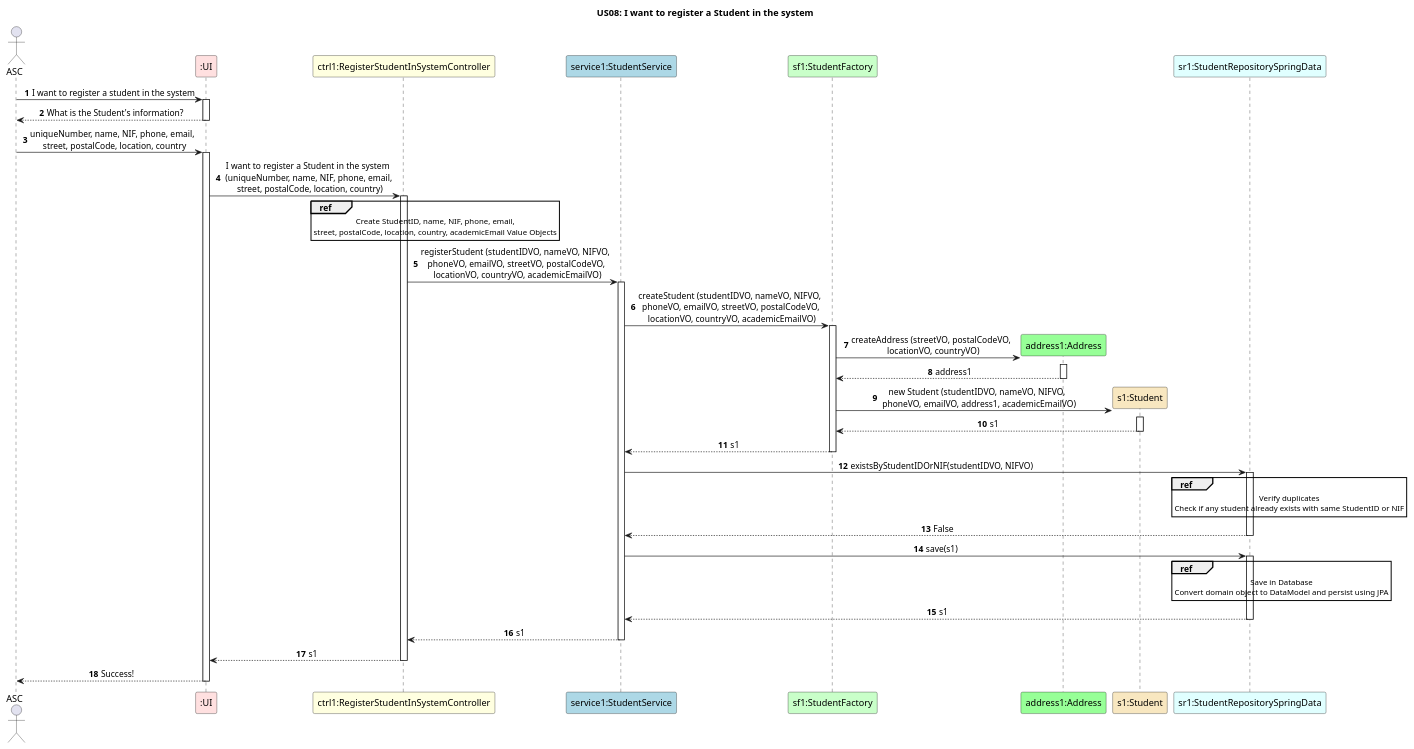
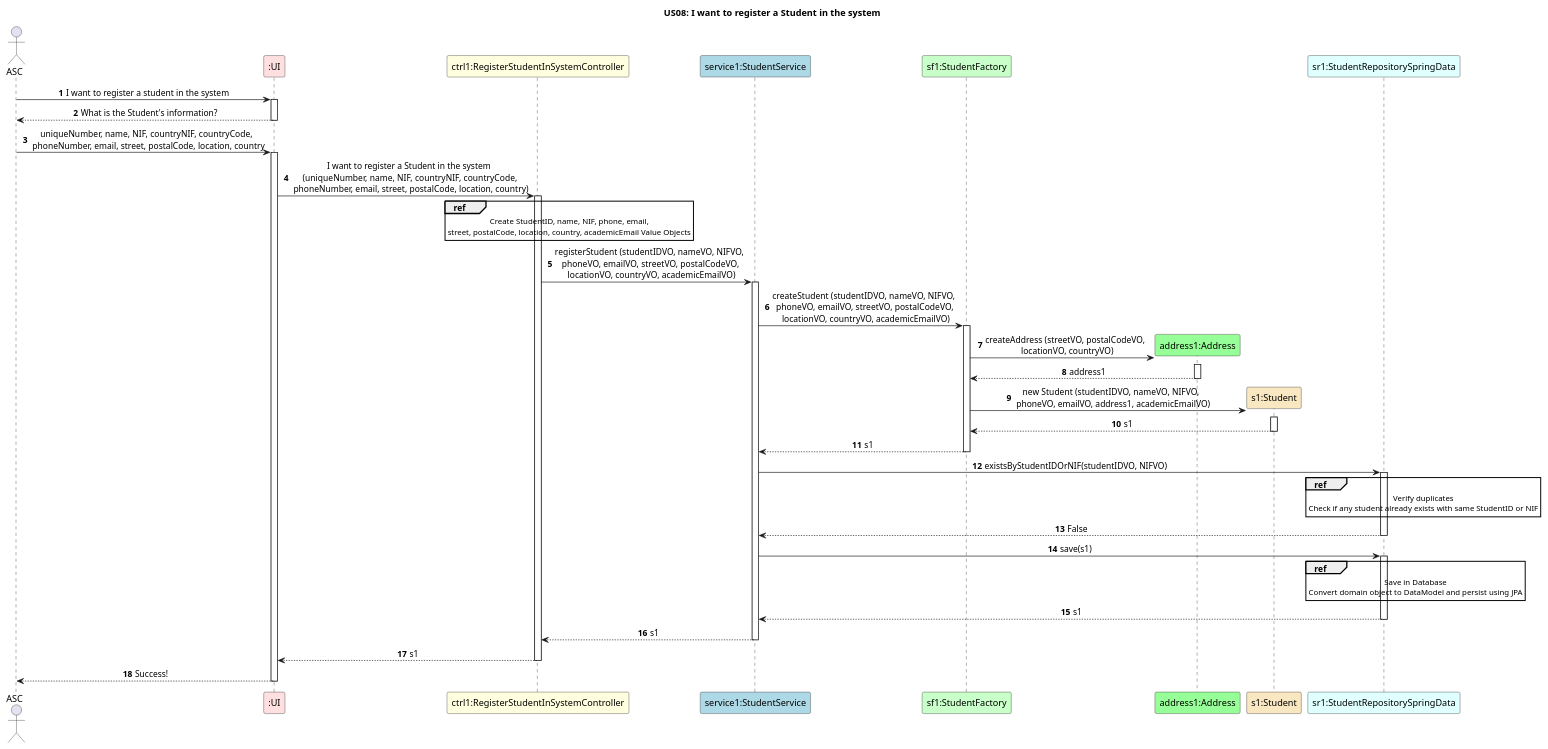
Before and after one commit to GasparISEP/DevOps-PAI: the diagram in docs/US08/Documentation_SpringData_JPA/US08_SD_DataPersistence.puml, drawn with PlantUML. The commit also changed 2 other files, not shown here.

Commit message:
Fix #269: Minor corrections in RegisterAStudentInTheSystem sequence diagrama and related ref diagrams

```diff
--- a/docs/US08/Documentation_SpringData_JPA/US08_SD_DataPersistence.puml
+++ b/docs/US08/Documentation_SpringData_JPA/US08_SD_DataPersistence.puml
@@ -1,71 +1,71 @@
 @startuml
 autonumber
 skinparam sequenceMessageAlign center
 title US08: I want to register a Student in the system
 
 actor ASC
 participant ":UI" as UI #implementation
 participant "ctrl1:RegisterStudentInSystemController" as ctrl #lightyellow
 participant "service1:StudentService" as service #lightblue
 participant "sf1:StudentFactory" as SF #technology
 participant "address1:Address" as A #physical
 participant "s1:Student" as s1 #strategy
 participant "sr1:StudentRepositorySpringData" as SR #lightcyan
 
 ASC -> UI: I want to register a student in the system
 activate UI
 UI --> ASC: What is the Student's information?
 deactivate UI
-ASC -> UI: uniqueNumber, name, NIF, phone, email, \n street, postalCode, location, country
+ASC -> UI: uniqueNumber, name, NIF, countryNIF, countryCode, \n phoneNumber, email, street, postalCode, location, country
 activate UI
-UI -> ctrl: I want to register a Student in the system \n (uniqueNumber, name, NIF, phone, email, \n street, postalCode, location, country)
+UI -> ctrl: I want to register a Student in the system \n (uniqueNumber, name, NIF, countryNIF, countryCode, \n phoneNumber, email, street, postalCode, location, country)
 activate ctrl
 
 ref over ctrl
     Create StudentID, name, NIF, phone, email,
     street, postalCode, location, country, academicEmail Value Objects
 end ref
 
 ctrl -> service: registerStudent (studentIDVO, nameVO, NIFVO, \n phoneVO, emailVO, streetVO, postalCodeVO, \n locationVO, countryVO, academicEmailVO)
 activate service
 
 service -> SF: createStudent (studentIDVO, nameVO, NIFVO, \n phoneVO, emailVO, streetVO, postalCodeVO, \n locationVO, countryVO, academicEmailVO)
 activate SF
 
 SF -> A**: createAddress (streetVO, postalCodeVO, \n locationVO, countryVO)
 activate A
 
 A --> SF: address1
 deactivate A
 
 SF -> s1**: new Student (studentIDVO, nameVO, NIFVO, \n phoneVO, emailVO, address1, academicEmailVO)
 activate s1
 s1 --> SF: s1
 deactivate s1
 
 SF --> service: s1
 deactivate SF
 service -> SR: existsByStudentIDOrNIF(studentIDVO, NIFVO)
 activate SR
 ref over SR
     Verify duplicates
     Check if any student already exists with same StudentID or NIF
 end ref
 SR --> service: False
 deactivate SR
 service -> SR: save(s1)
 activate SR
 ref over SR
     Save in Database
     Convert domain object to DataModel and persist using JPA
 end ref
 SR --> service: s1
 deactivate SR
 service --> ctrl: s1
 deactivate service
 ctrl --> UI: s1
 deactivate ctrl
 UI --> ASC: Success!
 deactivate UI
 
 @enduml
```
